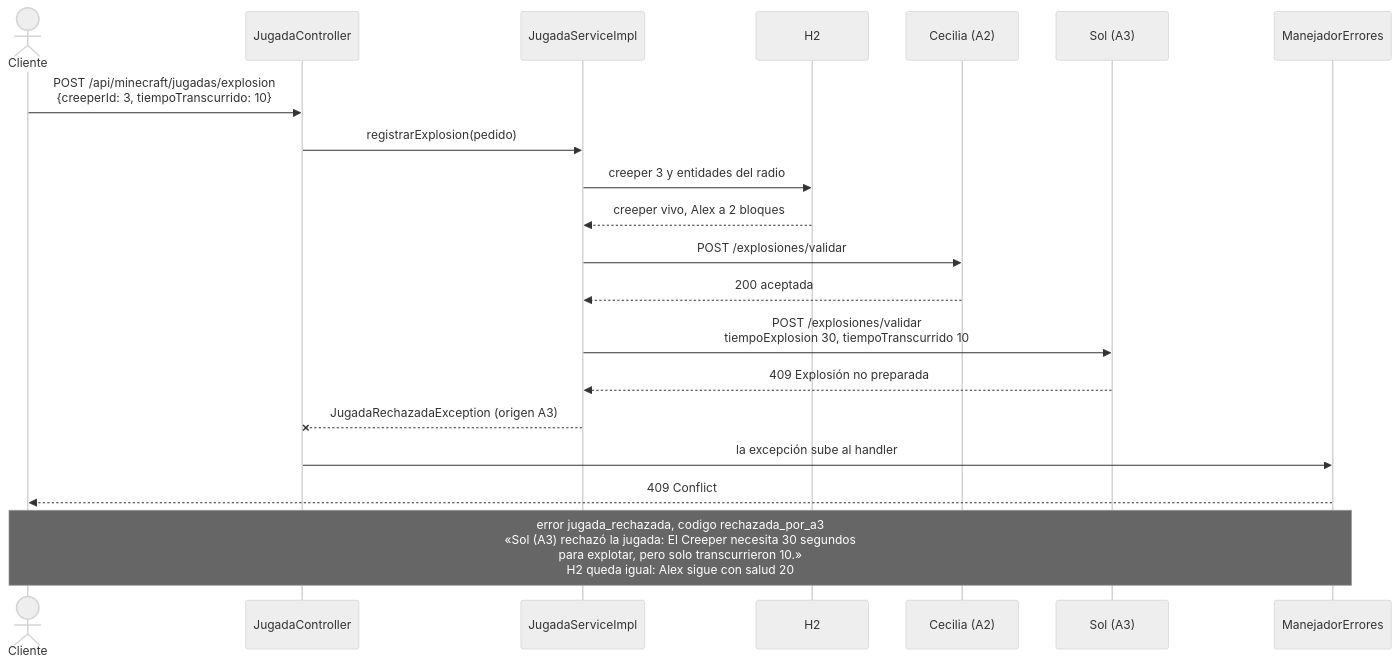
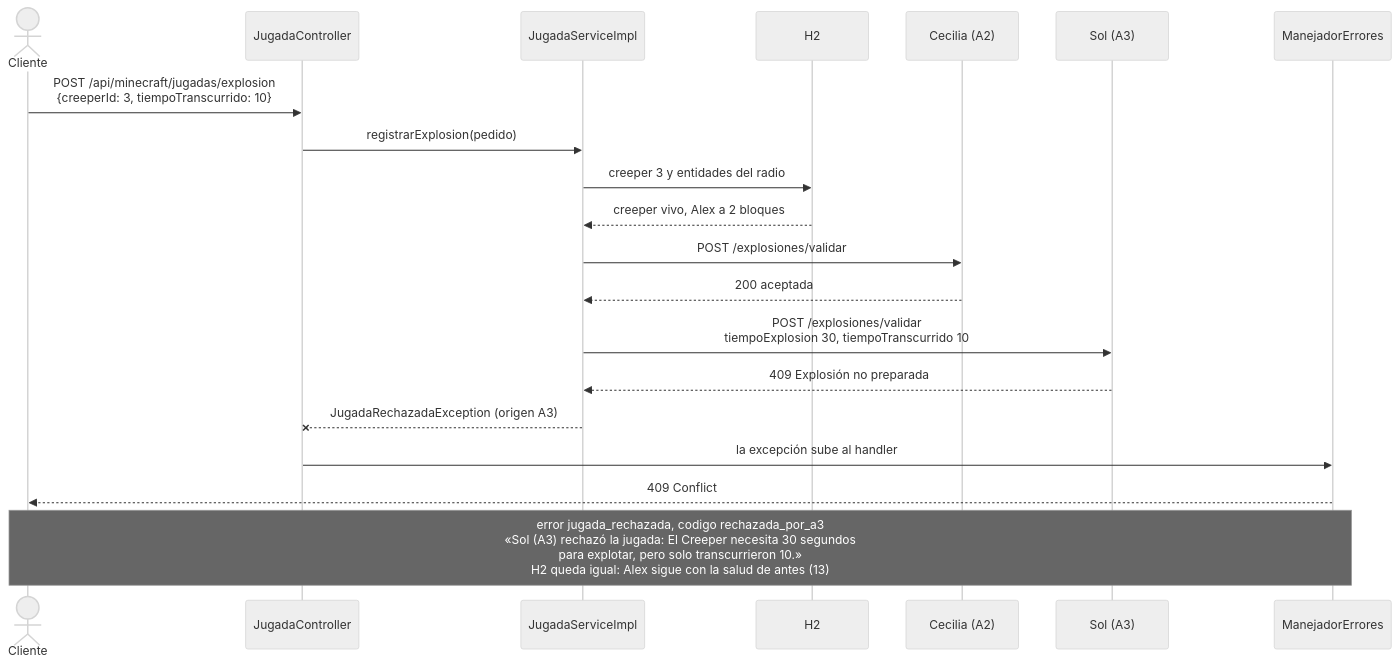
One commit to IrinaInsfran/ii-taller-git-2026 changed the sixth of 8 diagrams in docs/ESCENARIO-POO-09.md. Above: the diagram before and after it, drawn with Mermaid (neutral theme). The commit also changed 3 other files, not shown here.

First line of the commit message:
docs: corregir la salud de Alex y completar el README y la bitácora de POO-09

````diff
--- a/docs/ESCENARIO-POO-09.md
+++ b/docs/ESCENARIO-POO-09.md
@@ -209,23 +209,23 @@
 ```mermaid
 sequenceDiagram
     actor C as Cliente
     participant Ctrl as JugadaController
     participant S as JugadaServiceImpl
     participant DB as H2
     participant A2 as Cecilia (A2)
     participant A3 as Sol (A3)
     participant M as ManejadorErrores
 
     C->>Ctrl: POST /api/minecraft/jugadas/explosion<br/>{creeperId: 3, tiempoTranscurrido: 10}
     Ctrl->>S: registrarExplosion(pedido)
     S->>DB: creeper 3 y entidades del radio
     DB-->>S: creeper vivo, Alex a 2 bloques
     S->>A2: POST /explosiones/validar
     A2-->>S: 200 aceptada
     S->>A3: POST /explosiones/validar<br/>tiempoExplosion 30, tiempoTranscurrido 10
     A3-->>S: 409 Explosión no preparada
     S--xCtrl: JugadaRechazadaException (origen A3)
     Ctrl->>M: la excepción sube al handler
     M-->>C: 409 Conflict
-    Note over C,M: error jugada_rechazada, codigo rechazada_por_a3<br/>«Sol (A3) rechazó la jugada: El Creeper necesita 30 segundos<br/>para explotar, pero solo transcurrieron 10.»<br/>H2 queda igual: Alex sigue con salud 20
+    Note over C,M: error jugada_rechazada, codigo rechazada_por_a3<br/>«Sol (A3) rechazó la jugada: El Creeper necesita 30 segundos<br/>para explotar, pero solo transcurrieron 10.»<br/>H2 queda igual: Alex sigue con la salud de antes (13)
 ```
````
